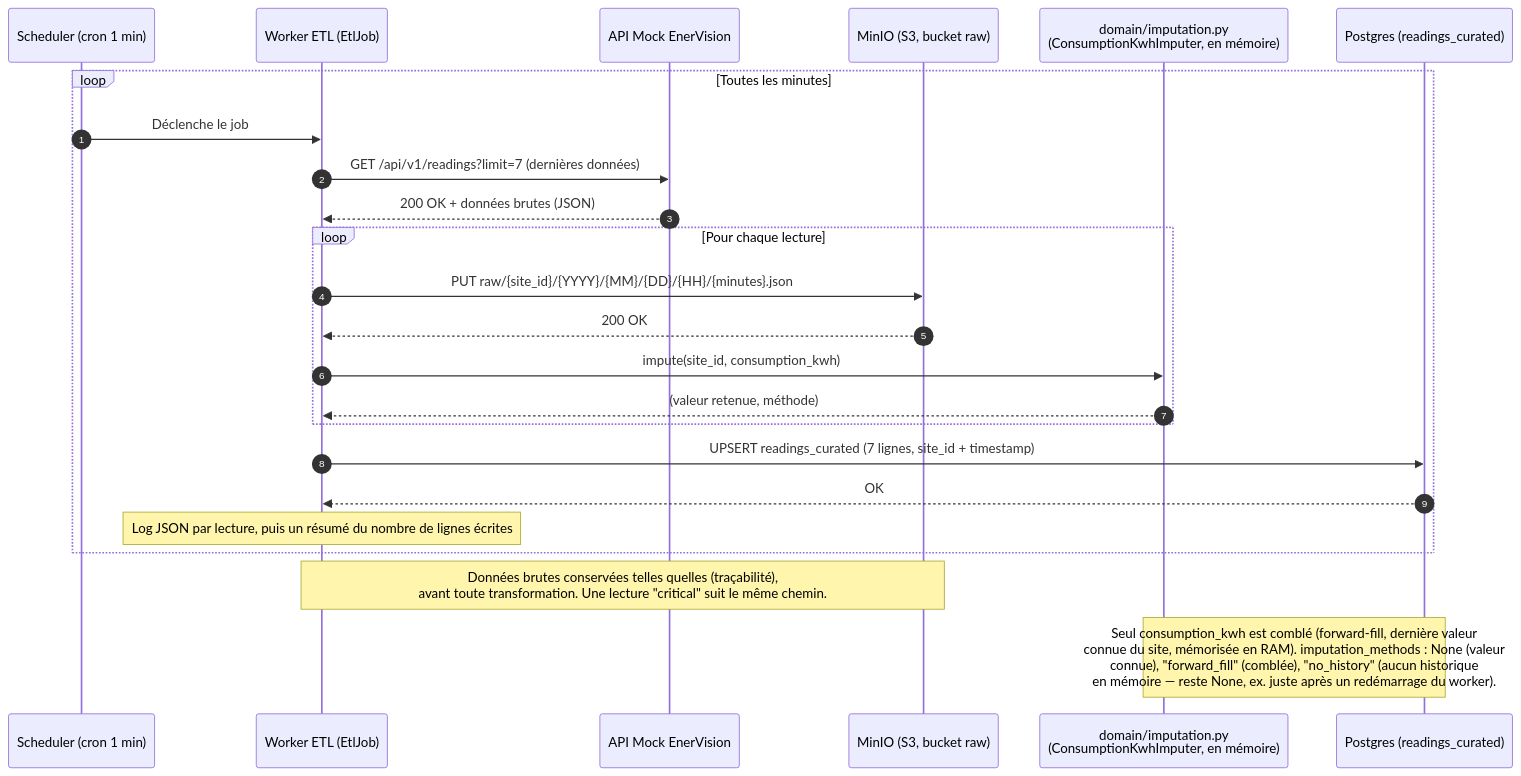
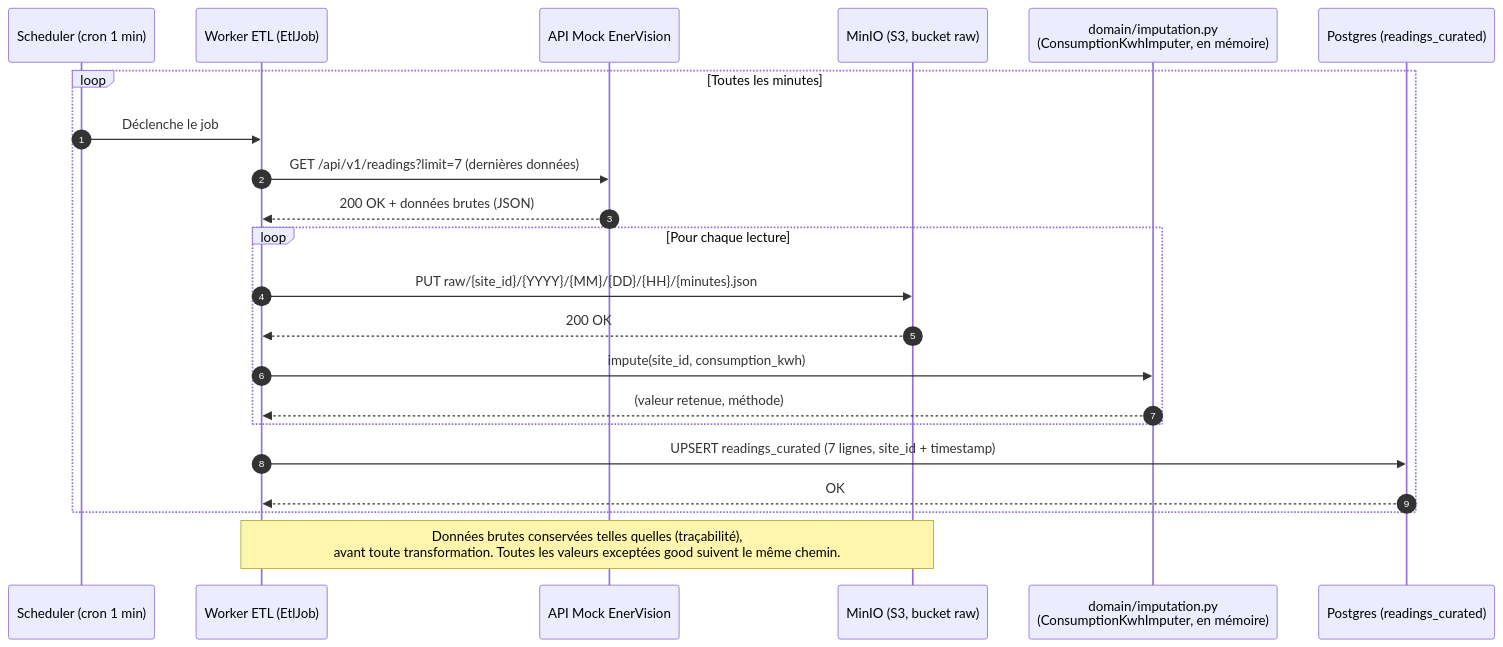
The diagram in docs/seq_etl.md (PetitPingu/EnerVision), drawn with Mermaid before and after one commit.

Commit message:
fix: modif etl schema

````diff
--- a/docs/seq_etl.md
+++ b/docs/seq_etl.md
@@ -10,28 +10,26 @@
 ```mermaid
 sequenceDiagram
     autonumber
     participant Cron as Scheduler (cron 1 min)
     participant Worker as Worker ETL (EtlJob)
     participant Mock as API Mock EnerVision
     participant MinIO as MinIO (S3, bucket raw)
     participant Impute as domain/imputation.py<br/>(ConsumptionKwhImputer, en mémoire)
     participant DB as Postgres (readings_curated)
 
     loop Toutes les minutes
         Cron->>Worker: Déclenche le job
         Worker->>Mock: GET /api/v1/readings?limit=7 (dernières données)
         Mock-->>Worker: 200 OK + données brutes (JSON)
         loop Pour chaque lecture
             Worker->>MinIO: PUT raw/{site_id}/{YYYY}/{MM}/{DD}/{HH}/{minutes}.json
             MinIO-->>Worker: 200 OK
             Worker->>Impute: impute(site_id, consumption_kwh)
             Impute-->>Worker: (valeur retenue, méthode)
         end
         Worker->>DB: UPSERT readings_curated (7 lignes, site_id + timestamp)
         DB-->>Worker: OK
-        Note over Worker: Log JSON par lecture, puis un résumé du nombre de lignes écrites
     end
 
-    Note over Worker,MinIO: Données brutes conservées telles quelles (traçabilité),<br/>avant toute transformation. Une lecture "critical" suit le même chemin.
-    Note over Impute,DB: Seul consumption_kwh est comblé (forward-fill, dernière valeur<br/>connue du site, mémorisée en RAM). imputation_methods : None (valeur<br/>connue), "forward_fill" (comblée), "no_history" (aucun historique<br/>en mémoire — reste None, ex. juste après un redémarrage du worker).
+    Note over Worker,MinIO: Données brutes conservées telles quelles (traçabilité),<br/>avant toute transformation. Toutes les valeurs exceptées good suivent le même chemin.
 ```
````
